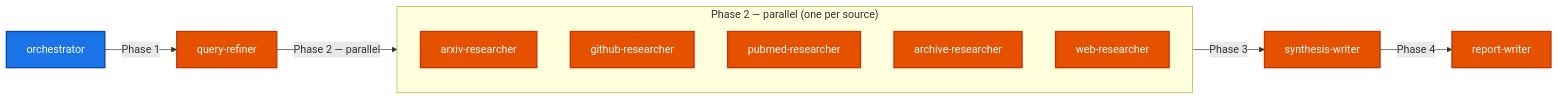
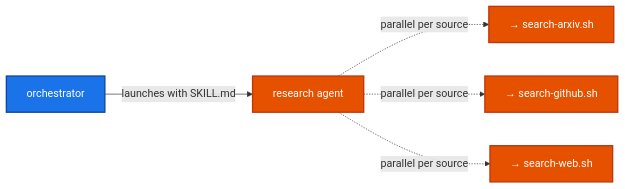
Before and after one commit to OliverEsoterik/fleet-management: the third of 6 diagrams in WORKFLOW.md, drawn with Mermaid. The commit also changed other lines of this file and 19 other files, not shown here.

Commit message:
refactor to graph

````diff
--- a/WORKFLOW.md
+++ b/WORKFLOW.md
@@ -42,27 +90,19 @@
 ```mermaid
 flowchart LR
   classDef skill fill:#1a73e8,color:#fff,stroke:#0d47a1,stroke-width:2px
   classDef subagent fill:#e65100,color:#fff,stroke:#bf360c,stroke-width:2px
 
   orchestrator["orchestrator"]
+  research["research agent"]
+  arxiv["→ search-arxiv.sh"]
+  github["→ search-github.sh"]
+  web["→ search-web.sh"]
 
-  subgraph researchers["Phase 2 — parallel (one per source)"]
-    arxiv["arxiv-researcher"]
-    github["github-researcher"]
-    pubmed["pubmed-researcher"]
-    archive["archive-researcher"]
-    web["web-researcher"]
-  end
-
-  queryRefiner["query-refiner"]
-  synthesisWriter["synthesis-writer"]
-  reportWriter["report-writer"]
-
-  orchestrator -->|Phase 1| queryRefiner
-  queryRefiner -->|Phase 2 — parallel| researchers
-  researchers -->|Phase 3| synthesisWriter
-  synthesisWriter -->|Phase 4| reportWriter
+  orchestrator -->|launches with SKILL.md| research
+  research -.->|parallel per source| arxiv
+  research -.->|parallel per source| github
+  research -.->|parallel per source| web
 
   class orchestrator skill
-  class queryRefiner,arxiv,github,pubmed,archive,web,synthesisWriter,reportWriter subagent
+  class research,arxiv,github,web subagent
 ```
````
